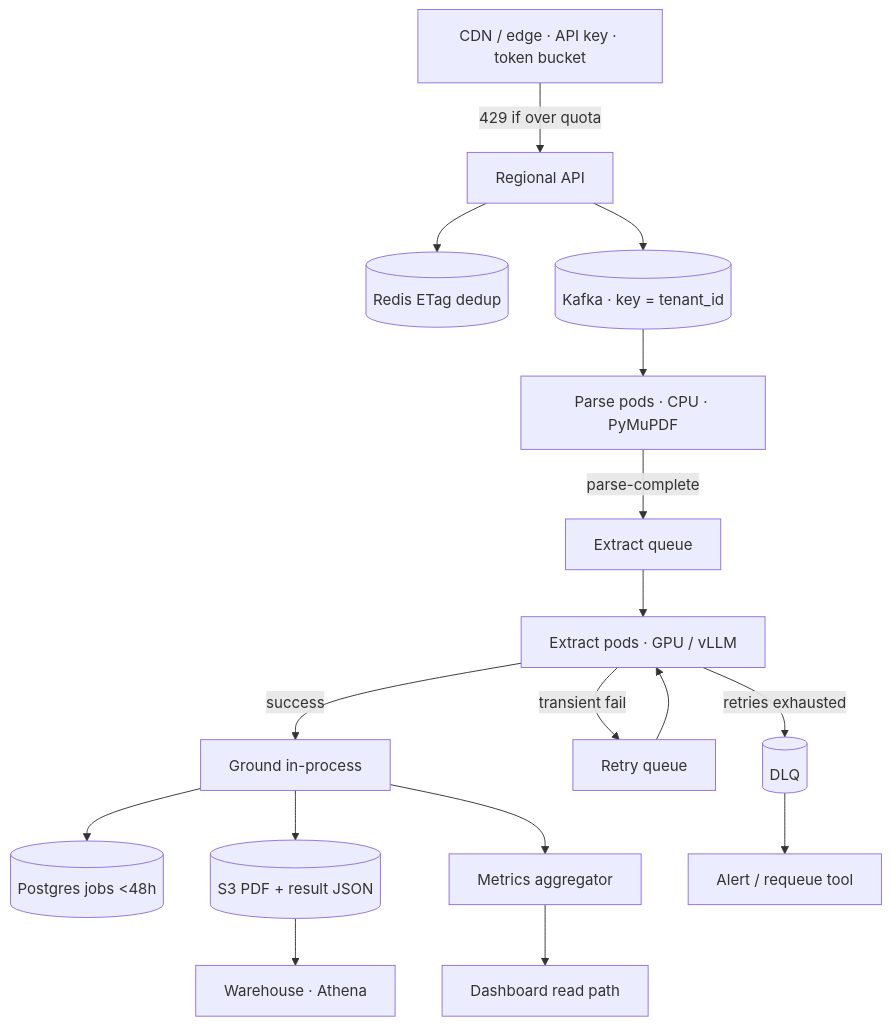
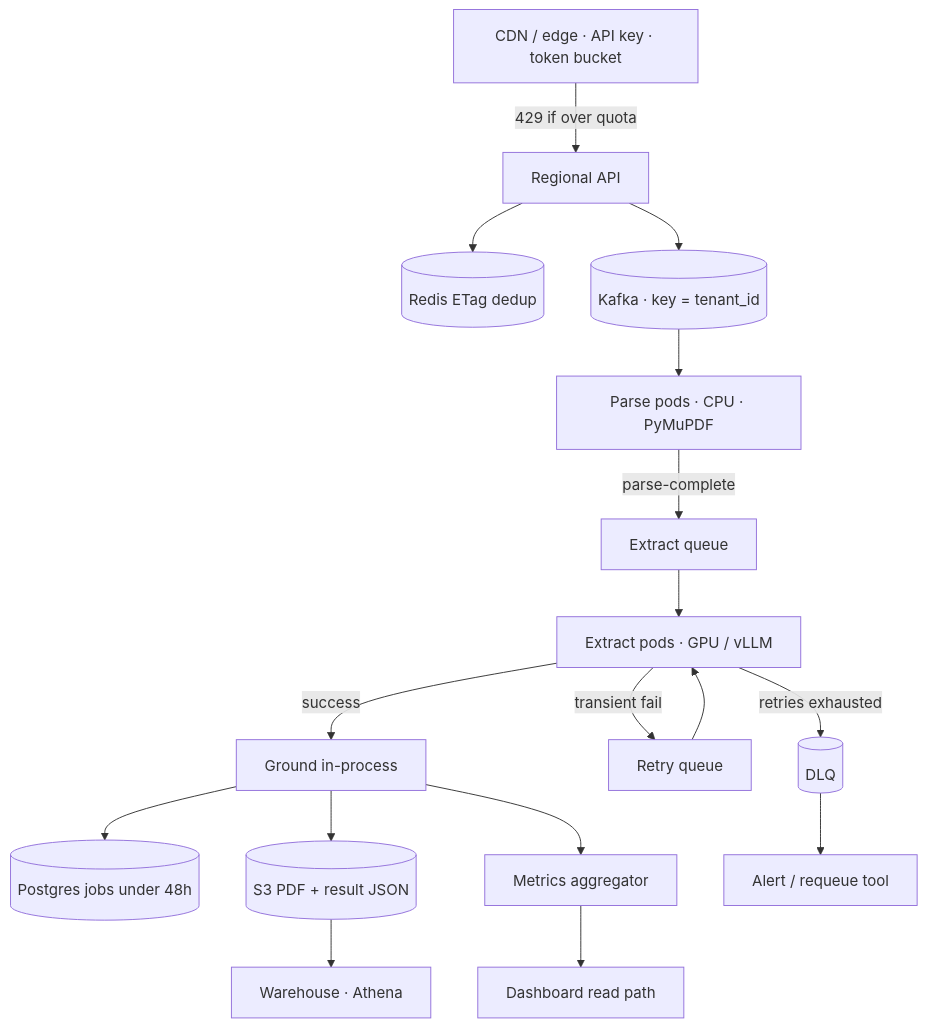
The fourth of 7 diagrams in docs/DIAGRAMS.md (shree6791/invoice-extraction), drawn with Mermaid before and after one commit. The commit also changed other lines of this file and 3 other files, not shown here.

First line of the commit message:
Fix DIAGRAMS.md heading anchors.

````diff
--- a/docs/DIAGRAMS.md
+++ b/docs/DIAGRAMS.md
@@ -94,19 +94,19 @@
 ```mermaid
 flowchart TB
   Edge[CDN / edge · API key · token bucket] -->|429 if over quota| API[Regional API]
   API --> Redis[(Redis ETag dedup)]
   API --> Kafka[(Kafka · key = tenant_id)]
   Kafka --> Parse[Parse pods · CPU · PyMuPDF]
   Parse -->|parse-complete| ExtractQ[Extract queue]
   ExtractQ --> Extract[Extract pods · GPU / vLLM]
   Extract -->|success| Ground[Ground in-process]
   Extract -->|transient fail| Retry[Retry queue]
   Retry --> Extract
   Extract -->|retries exhausted| DLQ[(DLQ)]
-  Ground --> PG[(Postgres jobs &lt;48h)]
+  Ground --> PG[(Postgres jobs under 48h)]
   Ground --> S3[(S3 PDF + result JSON)]
   Ground --> Rollups[Metrics aggregator]
   Rollups --> Dash[Dashboard read path]
   S3 --> Warehouse[Warehouse · Athena]
   DLQ --> Alert[Alert / requeue tool]
 ```
````
